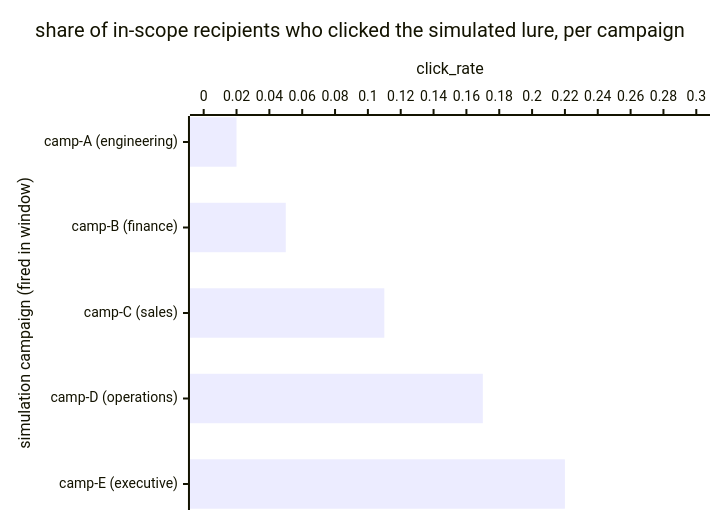
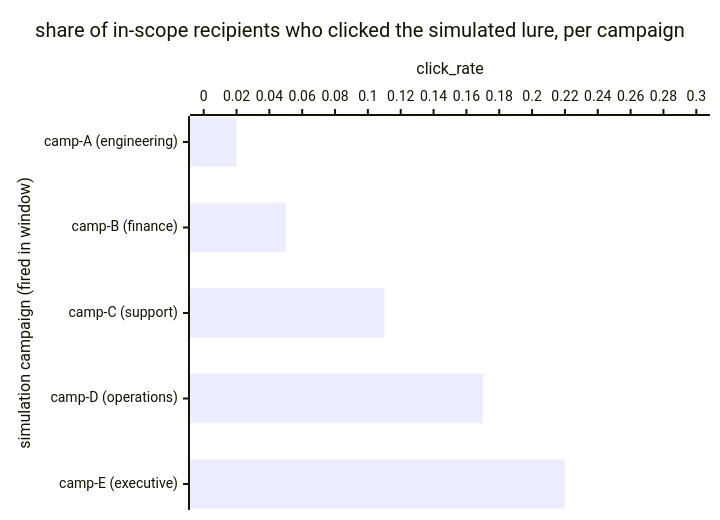
One commit to secops-ng/secops-ng-framework changed the diagram in content/metrics/phishing_sim_click_rate.viz.md. Above: the diagram before and after it, drawn with Mermaid. The commit also changed other lines of this file, not shown here.

Commit message:
content(metrics): relabel illustrative cohort camp-C to neutral department
Custodian flagged two MEDIUM commercial.sales_language hits on the
'sales' cohort label in the phishing_sim_click_rate reference viz.
Relabel the third illustrative cohort to 'support' in both the x-axis
labels and the reading table. Mechanical fix, no semantic change to
the illustrative values.

````diff
--- a/content/metrics/phishing_sim_click_rate.viz.md
+++ b/content/metrics/phishing_sim_click_rate.viz.md
@@ -53,14 +53,14 @@
 ```mermaid
 ---
 config:
     xyChart:
         showTitle: true
         chartOrientation: horizontal
 title: "kpi.phishing_sim_click_rate@v1 — click rate per simulation campaign (P30D)"
 ---
 xychart-beta horizontal
     title "share of in-scope recipients who clicked the simulated lure, per campaign"
-    x-axis "simulation campaign (fired in window)" ["camp-A (engineering)", "camp-B (finance)", "camp-C (sales)", "camp-D (operations)", "camp-E (executive)"]
+    x-axis "simulation campaign (fired in window)" ["camp-A (engineering)", "camp-B (finance)", "camp-C (support)", "camp-D (operations)", "camp-E (executive)"]
     y-axis "click_rate" 0 --> 0.30
     bar [0.02, 0.05, 0.11, 0.17, 0.22]
 ```
````
